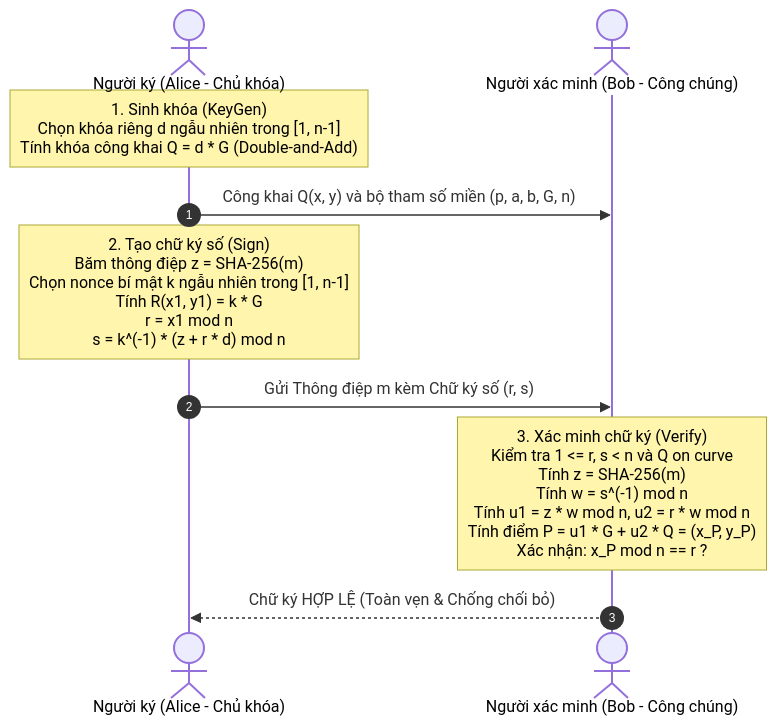
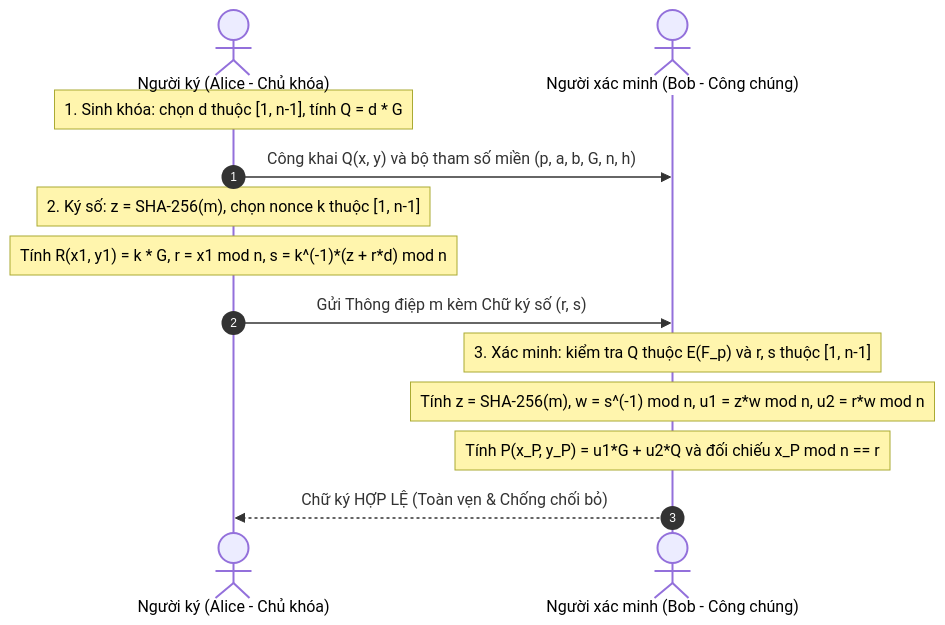
The fourth of 6 diagrams in bao_cao_ecdsa.md (thuann2212/IS-TEXT-), drawn with Mermaid before and after one commit. The commit also changed other lines of this file and 8 other files, not shown here.

````diff
--- a/bao_cao_ecdsa.md
+++ b/bao_cao_ecdsa.md
@@ -211,12 +210,15 @@
 ```mermaid
 sequenceDiagram
     autonumber
     actor Alice as Người ký (Alice - Chủ khóa)
     actor Bob as Người xác minh (Bob - Công chúng)
-    Note over Alice: 1. Sinh khóa (KeyGen)<br/>Chọn khóa riêng d ngẫu nhiên trong [1, n-1]<br/>Tính khóa công khai Q = d * G (Double-and-Add)
-    Alice->>Bob: Công khai Q(x, y) và bộ tham số miền (p, a, b, G, n)
-    Note over Alice: 2. Tạo chữ ký số (Sign)<br/>Băm thông điệp z = SHA-256(m)<br/>Chọn nonce bí mật k ngẫu nhiên trong [1, n-1]<br/>Tính R(x1, y1) = k * G<br/>r = x1 mod n<br/>s = k^(-1) * (z + r * d) mod n
+    Note over Alice: 1. Sinh khóa: chọn d thuộc [1, n-1], tính Q = d * G
+    Alice->>Bob: Công khai Q(x, y) và bộ tham số miền (p, a, b, G, n, h)
+    Note over Alice: 2. Ký số: z = SHA-256(m), chọn nonce k thuộc [1, n-1]
+    Note over Alice: Tính R(x1, y1) = k * G, r = x1 mod n, s = k^(-1)*(z + r*d) mod n
     Alice->>Bob: Gửi Thông điệp m kèm Chữ ký số (r, s)
-    Note over Bob: 3. Xác minh chữ ký (Verify)<br/>Kiểm tra 1 <= r, s < n và Q on curve<br/>Tính z = SHA-256(m)<br/>Tính w = s^(-1) mod n<br/>Tính u1 = z * w mod n, u2 = r * w mod n<br/>Tính điểm P = u1 * G + u2 * Q = (x_P, y_P)<br/>Xác nhận: x_P mod n == r ?
+    Note over Bob: 3. Xác minh: kiểm tra Q thuộc E(F_p) và r, s thuộc [1, n-1]
+    Note over Bob: Tính z = SHA-256(m), w = s^(-1) mod n, u1 = z*w mod n, u2 = r*w mod n
+    Note over Bob: Tính P(x_P, y_P) = u1*G + u2*Q và đối chiếu x_P mod n == r
     Bob-->>Alice: Chữ ký HỢP LỆ (Toàn vẹn & Chống chối bỏ)
 ```
````
